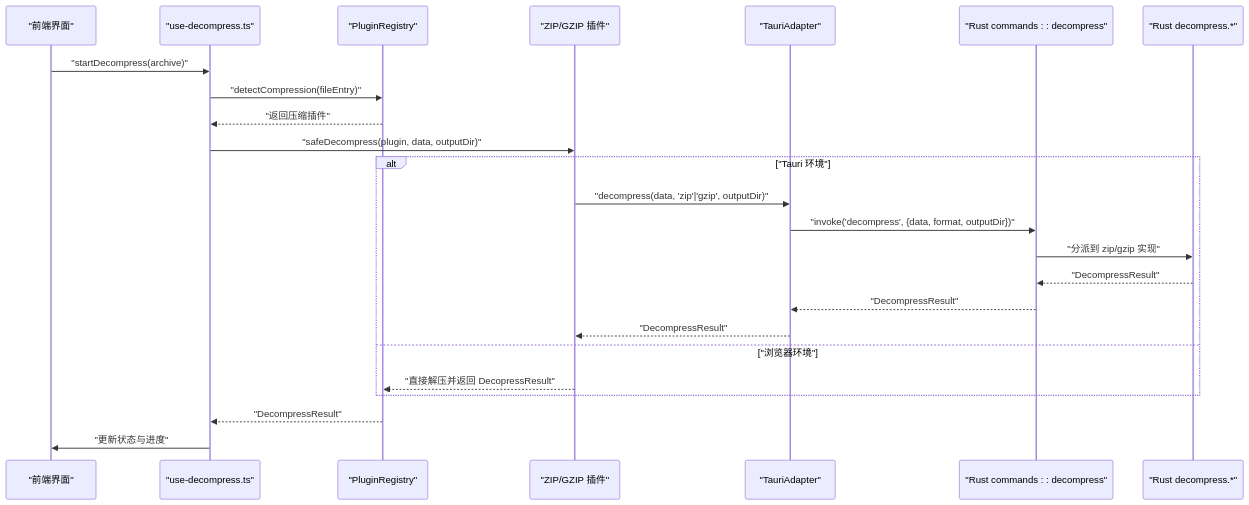
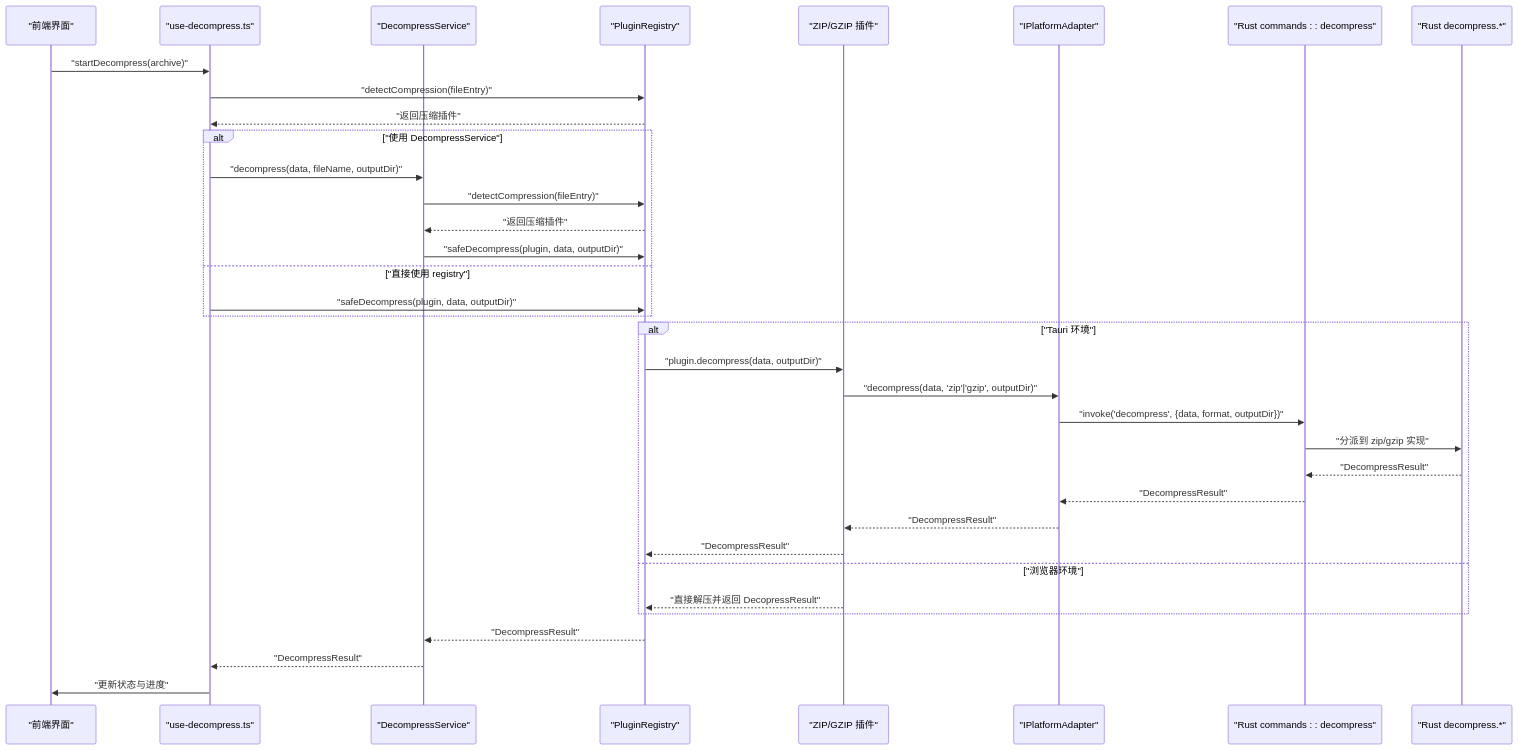
One commit to taoweidong/Hello-Tauri changed the second of 3 diagrams in .qoder/repowiki/zh/content/核心模块/解压服务.md. Above: the diagram before and after it, drawn with Mermaid. The commit also changed other lines of this file and 119 other files, not shown here.

````diff
--- a/.qoder/repowiki/zh/content/核心模块/解压服务.md
+++ b/.qoder/repowiki/zh/content/核心模块/解压服务.md
@@ -107,26 +102,37 @@
 ```mermaid
 sequenceDiagram
 participant UI as "前端界面"
 participant DS as "use-decompress.ts"
+participant DEC as "DecompressService"
 participant REG as "PluginRegistry"
 participant PLG as "ZIP/GZIP 插件"
-participant ADP as "TauriAdapter"
+participant ADP as "IPlatformAdapter"
 participant CMD as "Rust commands : : decompress"
-participant DEC as "Rust decompress.*"
+participant RDEC as "Rust decompress.*"
 UI->>DS : "startDecompress(archive)"
 DS->>REG : "detectCompression(fileEntry)"
 REG-->>DS : "返回压缩插件"
-DS->>PLG : "safeDecompress(plugin, data, outputDir)"
+alt "使用 DecompressService"
+DS->>DEC : "decompress(data, fileName, outputDir)"
+DEC->>REG : "detectCompression(fileEntry)"
+REG-->>DEC : "返回压缩插件"
+DEC->>REG : "safeDecompress(plugin, data, outputDir)"
+else "直接使用 registry"
+DS->>REG : "safeDecompress(plugin, data, outputDir)"
+end
 alt "Tauri 环境"
+REG->>PLG : "plugin.decompress(data, outputDir)"
 PLG->>ADP : "decompress(data, 'zip'|'gzip', outputDir)"
 ADP->>CMD : "invoke('decompress', {data, format, outputDir})"
-CMD->>DEC : "分派到 zip/gzip 实现"
-DEC-->>CMD : "DecompressResult"
+CMD->>RDEC : "分派到 zip/gzip 实现"
+RDEC-->>CMD : "DecompressResult"
 CMD-->>ADP : "DecompressResult"
 ADP-->>PLG : "DecompressResult"
+PLG-->>REG : "DecompressResult"
 else "浏览器环境"
 PLG-->>REG : "直接解压并返回 DecopressResult"
 end
-REG-->>DS : "DecompressResult"
+REG-->>DEC : "DecompressResult"
+DEC-->>DS : "DecompressResult"
 DS->>UI : "更新状态与进度"
 ```
````
